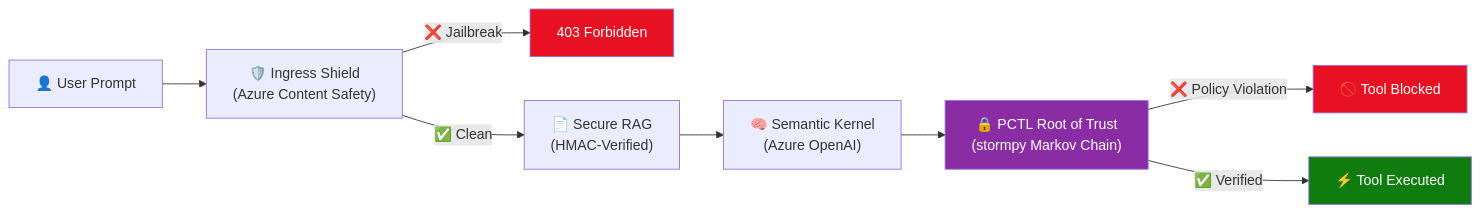
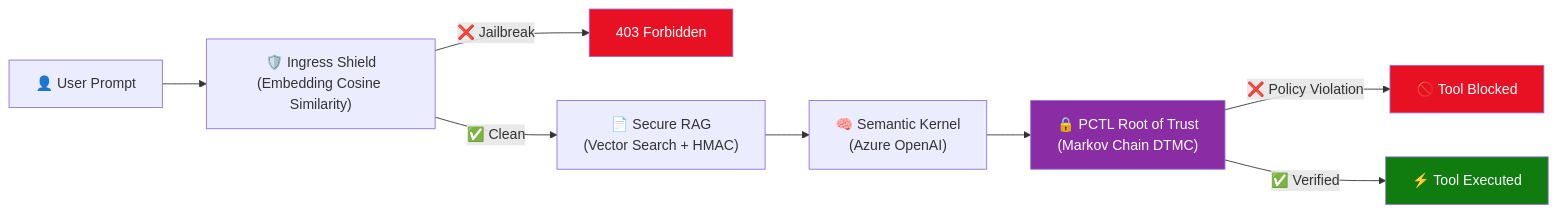
The diagram in README.md (pkulkarni245/ANSS-Middleware), drawn with Mermaid before and after one commit. The commit also changed other lines of this file and 19 other files, not shown here.

````diff
--- a/README.md
+++ b/README.md
@@ -15,15 +15,15 @@
 ```mermaid
 flowchart LR
-    User["👤 User Prompt"] --> Shield["🛡️ Ingress Shield<br/>(Azure Content Safety)"]
+    User["👤 User Prompt"] --> Shield["🛡️ Ingress Shield<br/>(Embedding Cosine Similarity)"]
     Shield -- "❌ Jailbreak" --> Block403["403 Forbidden"]
-    Shield -- "✅ Clean" --> RAG["📄 Secure RAG<br/>(HMAC-Verified)"]
+    Shield -- "✅ Clean" --> RAG["📄 Secure RAG<br/>(Vector Search + HMAC)"]
     RAG --> LLM["🧠 Semantic Kernel<br/>(Azure OpenAI)"]
-    LLM --> PCTL["🔒 PCTL Root of Trust<br/>(stormpy Markov Chain)"]
+    LLM --> PCTL["🔒 PCTL Root of Trust<br/>(Markov Chain DTMC)"]
     PCTL -- "❌ Policy Violation" --> BlockPCTL["🚫 Tool Blocked"]
     PCTL -- "✅ Verified" --> Tool["⚡ Tool Executed"]
     
     style Block403 fill:#e81123,color:#fff
     style BlockPCTL fill:#e81123,color:#fff
     style Tool fill:#107c10,color:#fff
     style PCTL fill:#8a2da5,color:#fff
 ```
````
